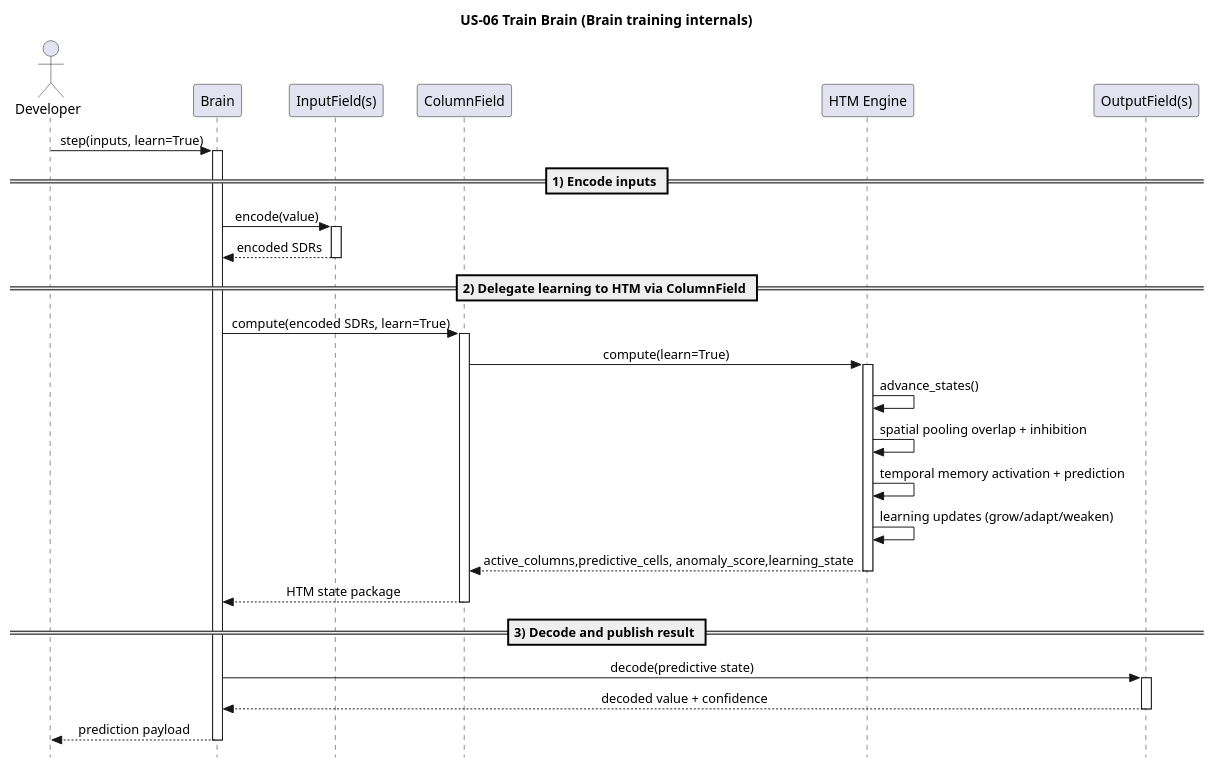
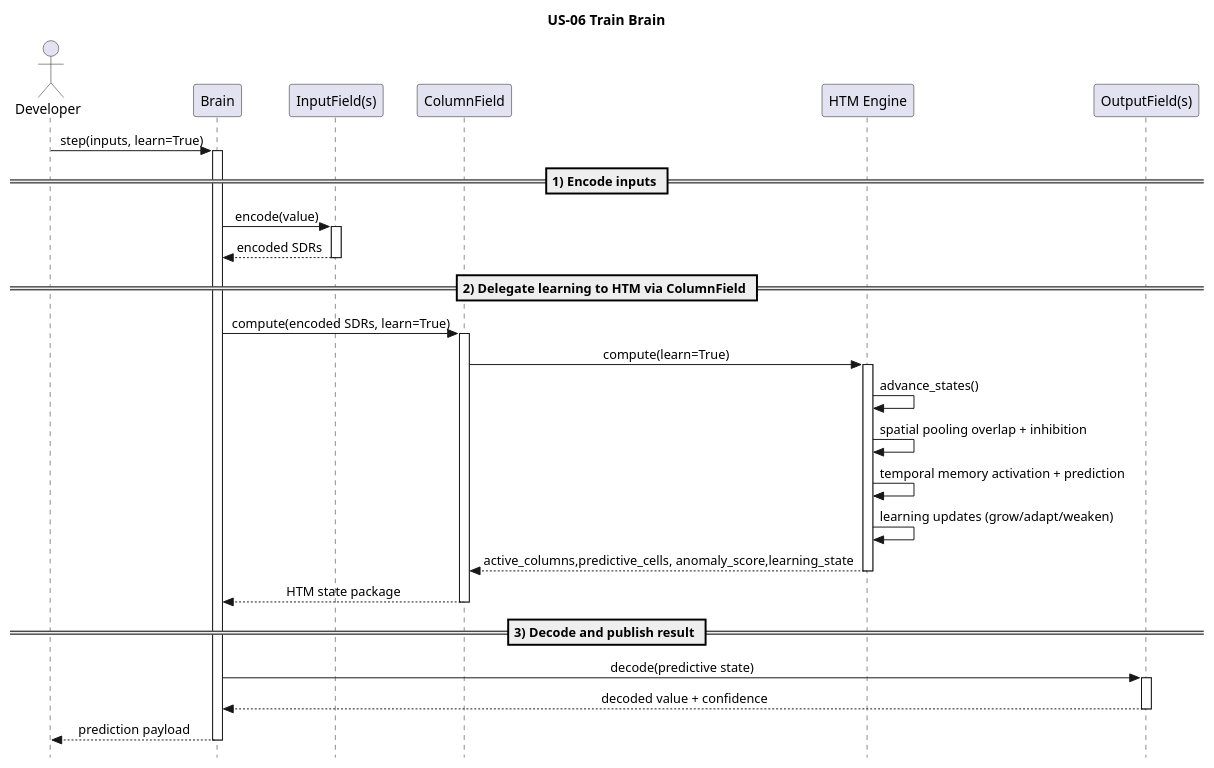
One commit to egrembocki/htmrl changed the diagram in docs/puml/US/us-06.puml. Above: the diagram before and after it, drawn with PlantUML. The commit also changed 2 other files, not shown here.

```diff
--- a/docs/puml/US/us-06.puml
+++ b/docs/puml/US/us-06.puml
@@ -1,49 +1,49 @@
 @startuml
 skinparam style strictuml
 skinparam sequenceMessageAlign center
 skinparam responseMessageBelowArrow true
-title US-06 Train Brain (Brain training internals)
+title US-06 Train Brain
 
 actor "Developer" as Dev
 participant "Brain" as B
 participant "InputField(s)" as IF
 participant "ColumnField" as CF
 participant "HTM Engine" as H
 participant "OutputField(s)" as OF
 
 Dev -> B: step(inputs, learn=True)
 activate B
 
 == 1) Encode inputs ==
 B -> IF: encode(value)
 activate IF
 IF --> B: encoded SDRs
 
 deactivate IF
 
 == 2) Delegate learning to HTM via ColumnField ==
 B -> CF: compute(encoded SDRs, learn=True)
 activate CF
 CF -> H: compute(learn=True)
 activate H
 H -> H: advance_states()
 H -> H: spatial pooling overlap + inhibition
 H -> H: temporal memory activation + prediction
 H -> H: learning updates (grow/adapt/weaken)
 H --> CF: active_columns,predictive_cells, anomaly_score,learning_state
 
 deactivate H
 CF --> B: HTM state package
 
 deactivate CF
 
 == 3) Decode and publish result ==
 B -> OF: decode(predictive state)
 activate OF
 OF --> B: decoded value + confidence
 
 deactivate OF
 B --> Dev: prediction payload
 
 deactivate B
 @enduml
```
